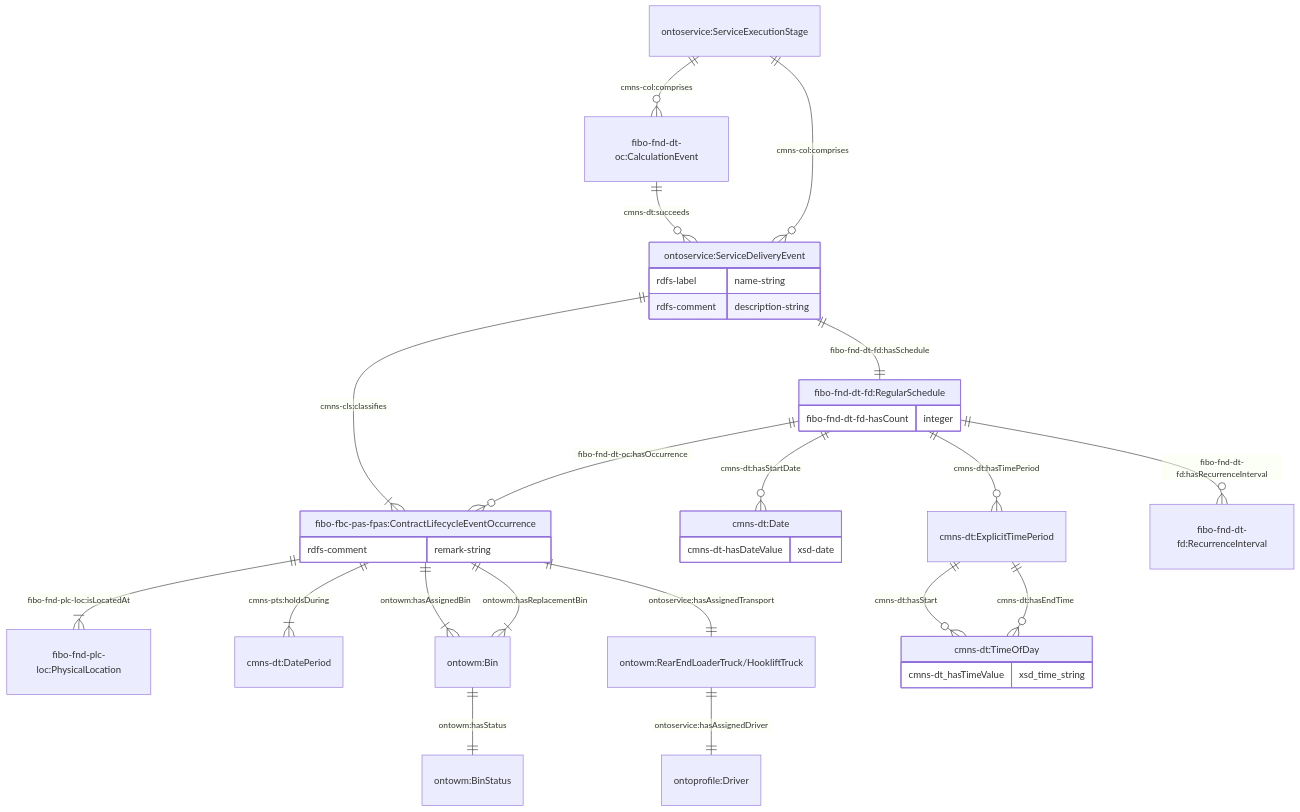
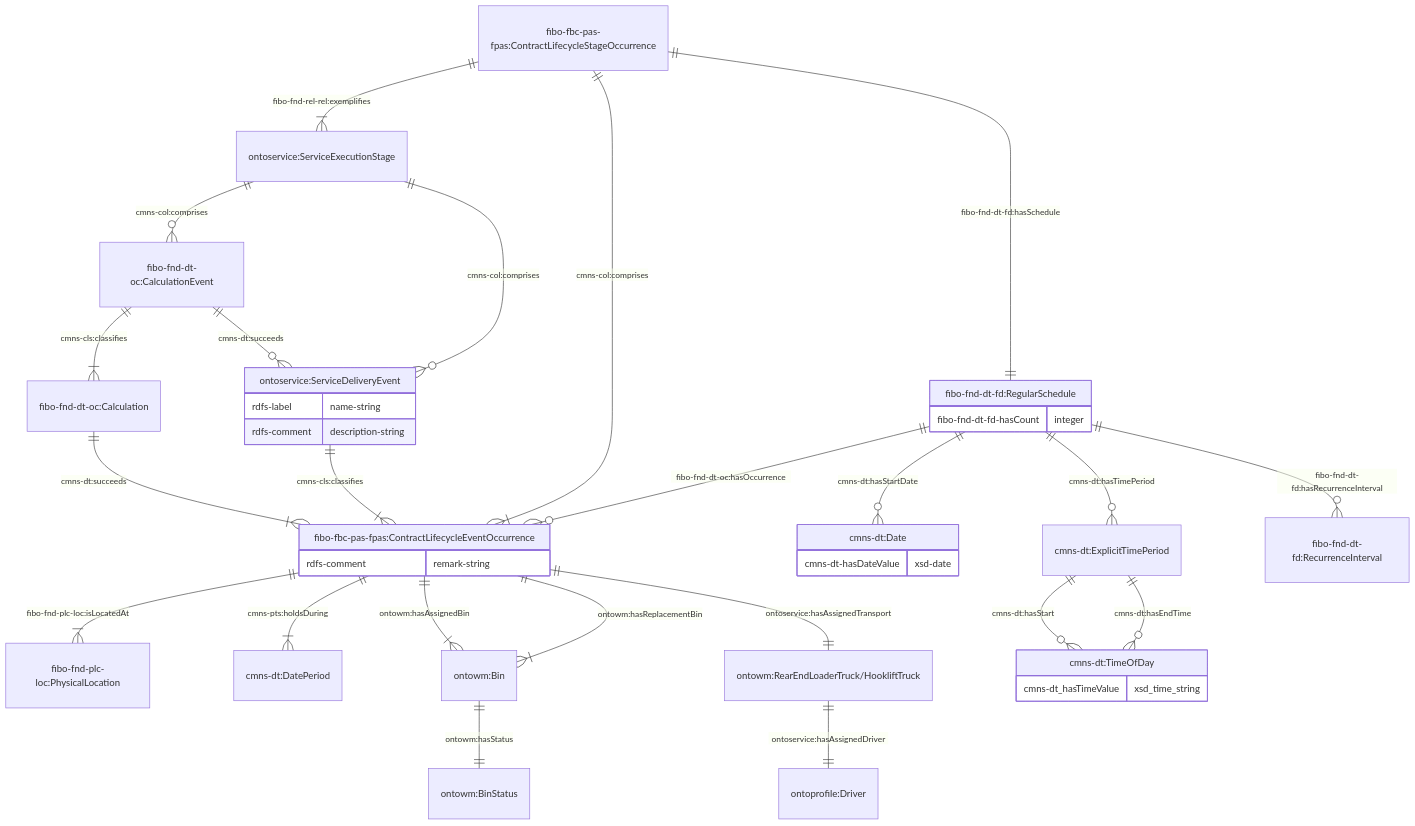
One commit to cambridge-cares/TheWorldAvatar changed the fifth of 11 diagrams in JPS_Ontology/ontology/ontowastemanagement/README.md. Above: the diagram before and after it, drawn with Mermaid. The commit also changed other lines of this file and 4 other files, not shown here.

````diff
--- a/JPS_Ontology/ontology/ontowastemanagement/README.md
+++ b/JPS_Ontology/ontology/ontowastemanagement/README.md
@@ -237,43 +237,47 @@
 ```mermaid
     erDiagram
     "ontoservice:ServiceExecutionStage" ||--o{ "fibo-fnd-dt-oc:CalculationEvent" : "cmns-col:comprises"
+    "fibo-fnd-dt-oc:CalculationEvent" ||--|{ "fibo-fnd-dt-oc:Calculation" : "cmns-cls:classifies"
     "fibo-fnd-dt-oc:CalculationEvent" ||--o{ "ontoservice:ServiceDeliveryEvent" : "cmns-dt:succeeds"
+    "fibo-fnd-dt-oc:Calculation" ||--|{ "fibo-fbc-pas-fpas:ContractLifecycleEventOccurrence" : "cmns-dt:succeeds"
     "ontoservice:ServiceExecutionStage" ||--o{ "ontoservice:ServiceDeliveryEvent" : "cmns-col:comprises"
     "ontoservice:ServiceDeliveryEvent" {
         rdfs-label name-string
         rdfs-comment description-string
     }
 
     "ontoservice:ServiceDeliveryEvent" ||--|{ "fibo-fbc-pas-fpas:ContractLifecycleEventOccurrence" : "cmns-cls:classifies"
 
     "fibo-fbc-pas-fpas:ContractLifecycleEventOccurrence" ||--|{ "fibo-fnd-plc-loc:PhysicalLocation" : "fibo-fnd-plc-loc:isLocatedAt"
     "fibo-fbc-pas-fpas:ContractLifecycleEventOccurrence" ||--|{ " cmns-dt:DatePeriod" : "cmns-pts:holdsDuring"
     "fibo-fbc-pas-fpas:ContractLifecycleEventOccurrence" {
         rdfs-comment remark-string
     }
 
     "fibo-fbc-pas-fpas:ContractLifecycleEventOccurrence" ||--|{ "ontowm:Bin" : "ontowm:hasAssignedBin"
     "fibo-fbc-pas-fpas:ContractLifecycleEventOccurrence" ||--|{ "ontowm:Bin" : "ontowm:hasReplacementBin"
     "ontowm:Bin" ||--|| "ontowm:BinStatus" : "ontowm:hasStatus"
 
     "fibo-fbc-pas-fpas:ContractLifecycleEventOccurrence" ||--|| "ontowm:RearEndLoaderTruck/HookliftTruck" : "ontoservice:hasAssignedTransport"
     "ontowm:RearEndLoaderTruck/HookliftTruck" ||--|| "ontoprofile:Driver" : "ontoservice:hasAssignedDriver"
 
-    "ontoservice:ServiceDeliveryEvent" ||--|| "fibo-fnd-dt-fd:RegularSchedule" : "fibo-fnd-dt-fd:hasSchedule"
-     "fibo-fnd-dt-fd:RegularSchedule" ||--o{ "fibo-fbc-pas-fpas:ContractLifecycleEventOccurrence" : "fibo-fnd-dt-oc:hasOccurrence"
+    "fibo-fbc-pas-fpas:ContractLifecycleStageOccurrence" ||--|{ "fibo-fbc-pas-fpas:ContractLifecycleEventOccurrence" : "cmns-col:comprises"
+    "fibo-fbc-pas-fpas:ContractLifecycleStageOccurrence" ||--|{ "ontoservice:ServiceExecutionStage" : "fibo-fnd-rel-rel:exemplifies"
+    "fibo-fbc-pas-fpas:ContractLifecycleStageOccurrence" ||--|| "fibo-fnd-dt-fd:RegularSchedule" : "fibo-fnd-dt-fd:hasSchedule"
+    "fibo-fnd-dt-fd:RegularSchedule" ||--o{ "fibo-fbc-pas-fpas:ContractLifecycleEventOccurrence" : "fibo-fnd-dt-oc:hasOccurrence"
     "fibo-fnd-dt-fd:RegularSchedule" {
         fibo-fnd-dt-fd-hasCount integer
     }
 
     "fibo-fnd-dt-fd:RegularSchedule" ||--o{ "cmns-dt:Date" : "cmns-dt:hasStartDate"
     "cmns-dt:Date" {
         cmns-dt-hasDateValue xsd-date
     }
     "fibo-fnd-dt-fd:RegularSchedule" ||--o{ "cmns-dt:ExplicitTimePeriod" : "cmns-dt:hasTimePeriod"
     "cmns-dt:ExplicitTimePeriod" ||--o{ "cmns-dt:TimeOfDay" : "cmns-dt:hasStart"
     "cmns-dt:ExplicitTimePeriod" ||--o{ "cmns-dt:TimeOfDay" : "cmns-dt:hasEndTime"
     "cmns-dt:TimeOfDay" {
         cmns-dt_hasTimeValue xsd_time_string
     }
     "fibo-fnd-dt-fd:RegularSchedule" ||--o{ "fibo-fnd-dt-fd:RecurrenceInterval" : "fibo-fnd-dt-fd:hasRecurrenceInterval"
 ```
````
